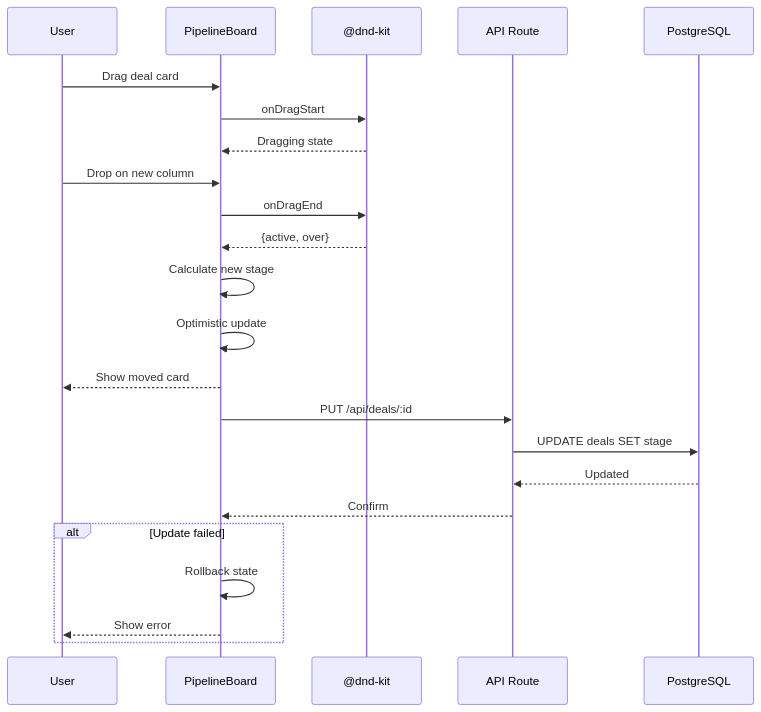
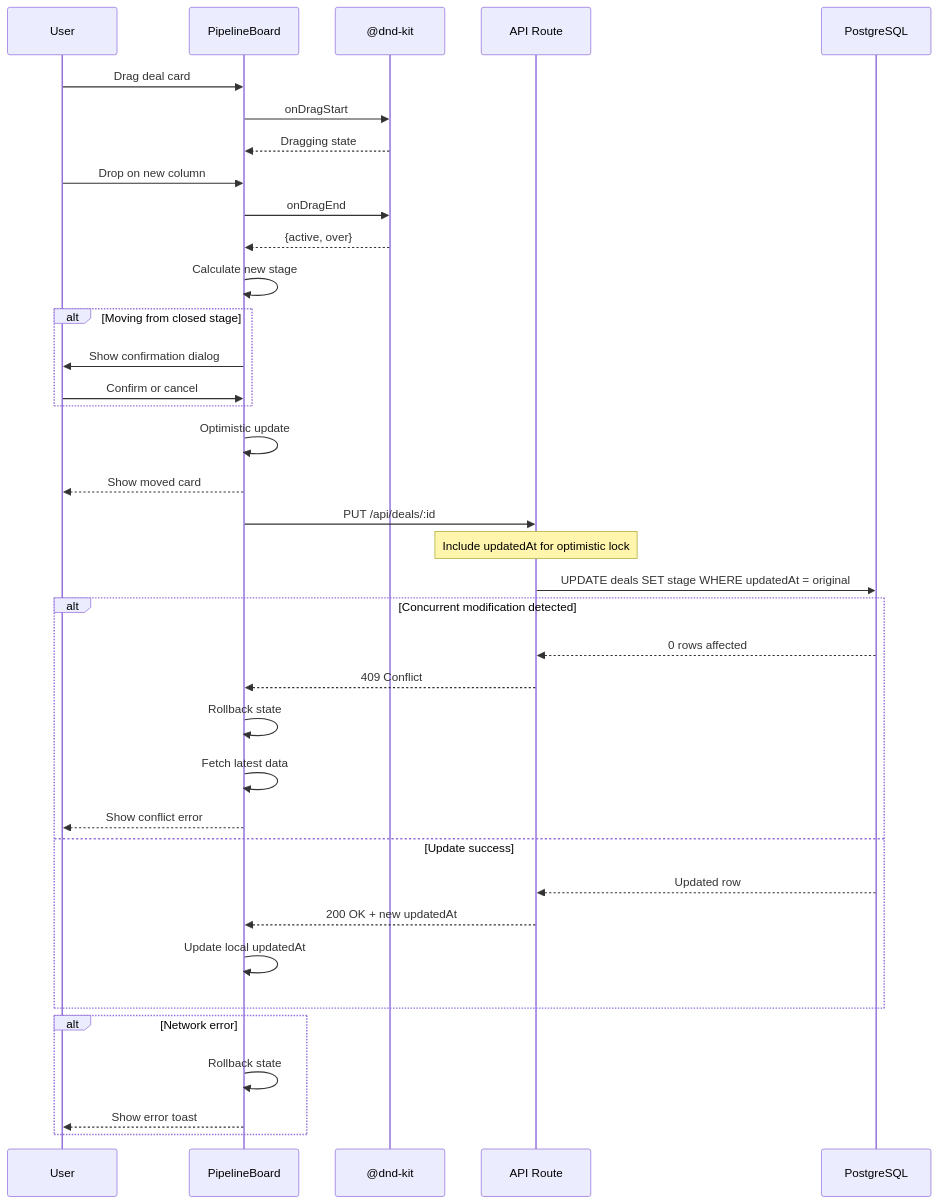
Before and after one commit to noplannomercy/day11-mini-crm: the fourth of 5 diagrams in docs/ARCHITECTURE.md, drawn with Mermaid. The commit also changed other lines of this file and 22 other files, not shown here.

````diff
--- a/docs/ARCHITECTURE.md
+++ b/docs/ARCHITECTURE.md
@@ -364,30 +364,47 @@
 ```mermaid
 sequenceDiagram
     participant U as User
     participant B as PipelineBoard
     participant DK as @dnd-kit
     participant A as API Route
     participant DB as PostgreSQL
 
     U->>B: Drag deal card
     B->>DK: onDragStart
     DK-->>B: Dragging state
 
     U->>B: Drop on new column
     B->>DK: onDragEnd
     DK-->>B: {active, over}
 
     B->>B: Calculate new stage
+
+    alt Moving from closed stage
+        B->>U: Show confirmation dialog
+        U->>B: Confirm or cancel
+    end
+
     B->>B: Optimistic update
     B-->>U: Show moved card
 
     B->>A: PUT /api/deals/:id
-    A->>DB: UPDATE deals SET stage
-    DB-->>A: Updated
-    A-->>B: Confirm
+    Note over A: Include updatedAt for optimistic lock
+    A->>DB: UPDATE deals SET stage WHERE updatedAt = original
 
-    alt Update failed
+    alt Concurrent modification detected
+        DB-->>A: 0 rows affected
+        A-->>B: 409 Conflict
         B->>B: Rollback state
-        B-->>U: Show error
+        B->>B: Fetch latest data
+        B-->>U: Show conflict error
+    else Update success
+        DB-->>A: Updated row
+        A-->>B: 200 OK + new updatedAt
+        B->>B: Update local updatedAt
+    end
+
+    alt Network error
+        B->>B: Rollback state
+        B-->>U: Show error toast
     end
 ```
````
